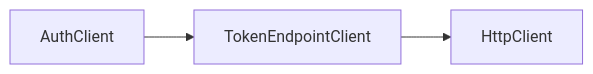
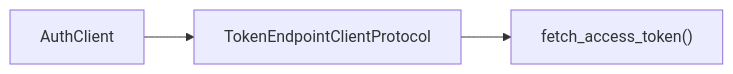
The fourth of 4 diagrams in docs/standards/http-client-auth-boundary.md (a129924/mlops-async), drawn with Mermaid before and after one commit. The commit also changed other lines of this file and 5 other files, not shown here.

````diff
--- a/docs/standards/http-client-auth-boundary.md
+++ b/docs/standards/http-client-auth-boundary.md
@@ -93,5 +94,5 @@
 ```mermaid
 flowchart LR
-    AuthClient["AuthClient"] --> TokenEndpointClient["TokenEndpointClient"]
-    TokenEndpointClient --> HttpClient["HttpClient"]
+    AuthClient["AuthClient"] --> Protocol["TokenEndpointClientProtocol"]
+    Protocol --> Fetch["fetch_access_token()"]
 ```
````
